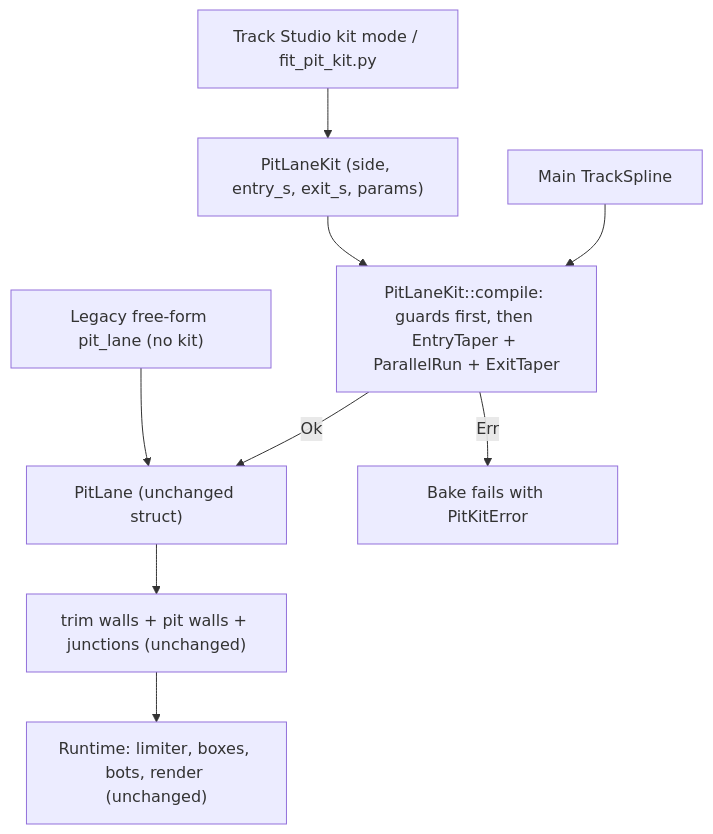
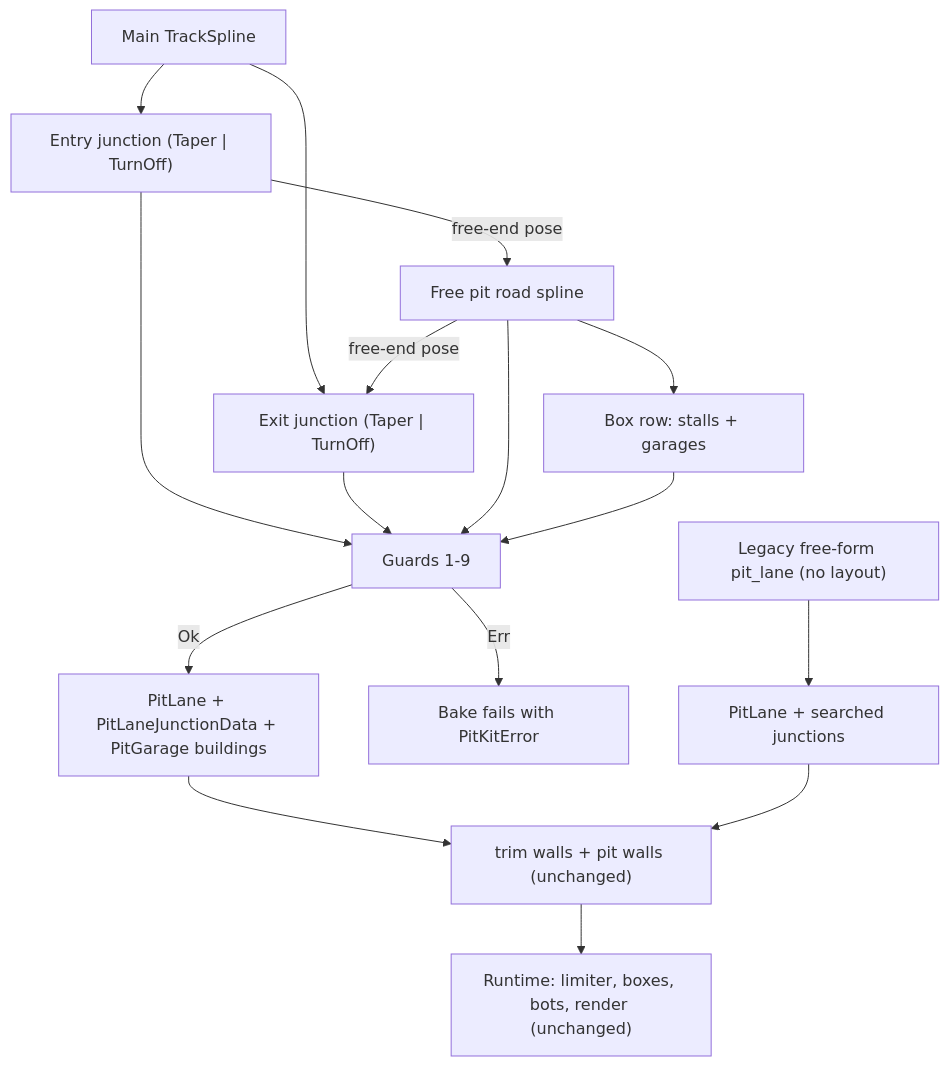
One commit to magomar/tdrace changed the second of 2 diagrams in specs/101_parametric_pit_lane_kit_blocks_on_spline_circuits.md. Above: the diagram before and after it, drawn with Mermaid. The commit also changed other lines of this file and 2 other files, not shown here.

First line of the commit message:
docs(spec): rewrite spec 101 as junction components plus free pit road (tdrace-3d7j)

````diff
--- a/specs/101_parametric_pit_lane_kit_blocks_on_spline_circuits.md
+++ b/specs/101_parametric_pit_lane_kit_blocks_on_spline_circuits.md
@@ -145,11 +229,18 @@
 ```mermaid
 graph TD
-    A["Track Studio kit mode / fit_pit_kit.py"] --> K["PitLaneKit (side, entry_s, exit_s, params)"]
-    M["Main TrackSpline"] --> C
-    K --> C["PitLaneKit::compile: guards first, then EntryTaper + ParallelRun + ExitTaper"]
-    C -->|Ok| P["PitLane (unchanged struct)"]
-    C -->|Err| X["Bake fails with PitKitError"]
-    L["Legacy free-form pit_lane (no kit)"] --> P
-    P --> D["trim walls + pit walls + junctions (unchanged)"]
-    D --> F["Runtime: limiter, boxes, bots, render (unchanged)"]
+    M["Main TrackSpline"] --> J1["Entry junction (Taper | TurnOff)"]
+    M --> J2["Exit junction (Taper | TurnOff)"]
+    J1 -->|free-end pose| R["Free pit road spline"]
+    R -->|free-end pose| J2
+    R --> BR["Box row: stalls + garages"]
+    J1 --> G["Guards 1-9"]
+    J2 --> G
+    R --> G
+    BR --> G
+    G -->|Ok| P["PitLane + PitLaneJunctionData + PitGarage buildings"]
+    G -->|Err| X["Bake fails with PitKitError"]
+    L["Legacy free-form pit_lane (no layout)"] --> P2["PitLane + searched junctions"]
+    P --> W["trim walls + pit walls (unchanged)"]
+    P2 --> W
+    W --> F["Runtime: limiter, boxes, bots, render (unchanged)"]
 ```
````
